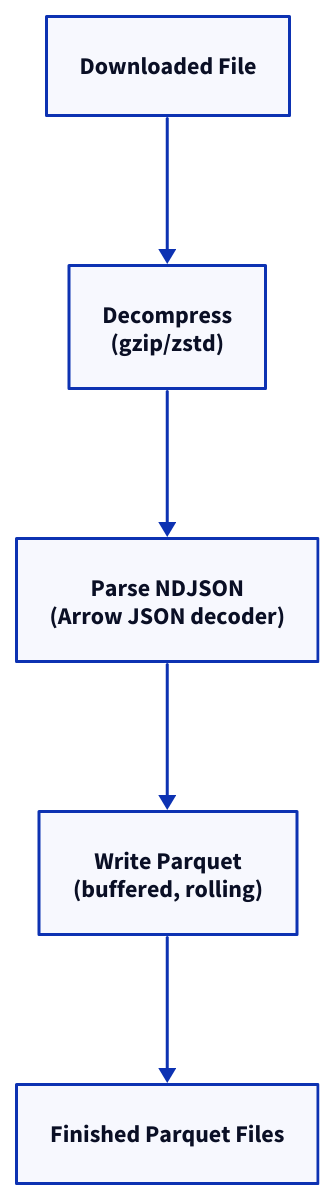
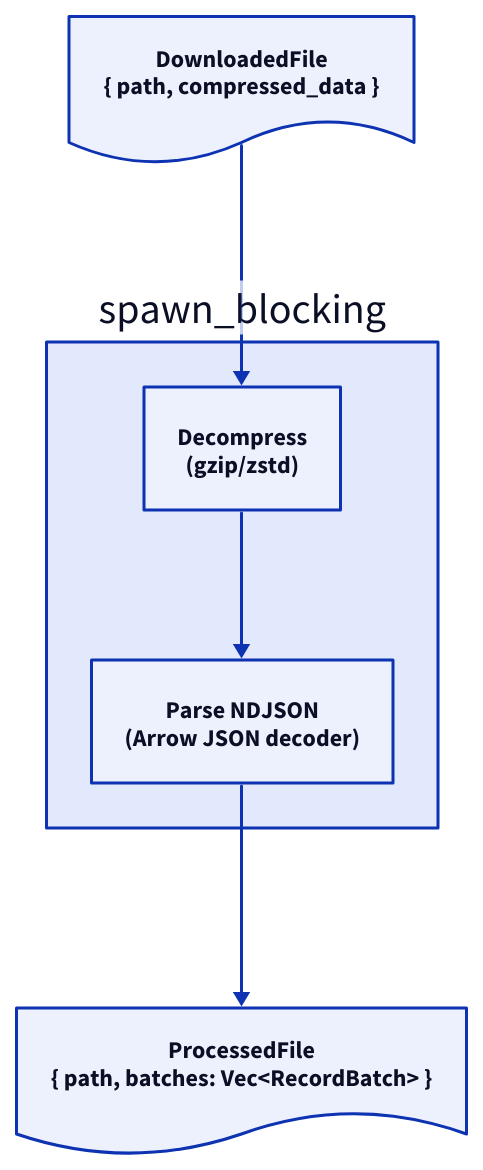
Before and after one commit to benjamin-awd/blizzard: the third of 4 diagrams in website/src/content/docs/architecture/pipeline.md, drawn with D2. The commit also changed other lines of this file and 5 other files, not shown here.

Commit message:
chore: update diagrams

````diff
--- a/website/src/content/docs/architecture/pipeline.md
+++ b/website/src/content/docs/architecture/pipeline.md
@@ -101,16 +113,26 @@
 ```d2
 direction: down
-input: Downloaded File
-decompress: Decompress {
-  label: "Decompress\n(gzip/zstd)"
+
+input: DownloadedFile {
+  label: "DownloadedFile\n{ path, compressed_data }"
+  shape: document
 }
-parse: Parse NDJSON {
-  label: "Parse NDJSON\n(Arrow JSON decoder)"
+
+blocking: spawn_blocking {
+  decompress: Decompress {
+    label: "Decompress\n(gzip/zstd)"
+  }
+  parse: Parse {
+    label: "Parse NDJSON\n(Arrow JSON decoder)"
+  }
+  decompress -> parse
 }
-write: Write Parquet {
-  label: "Write Parquet\n(buffered, rolling)"
+
+output: ProcessedFile {
+  label: "ProcessedFile\n{ path, batches: Vec<RecordBatch> }"
+  shape: document
 }
-output: Finished Parquet Files
 
-input -> decompress -> parse -> write -> output
+input -> blocking.decompress
+blocking.parse -> output
 ```
````
